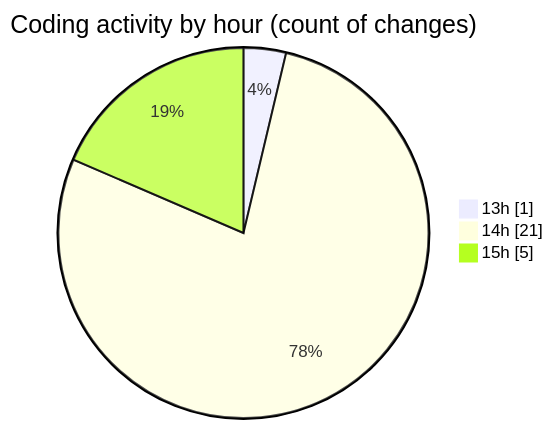
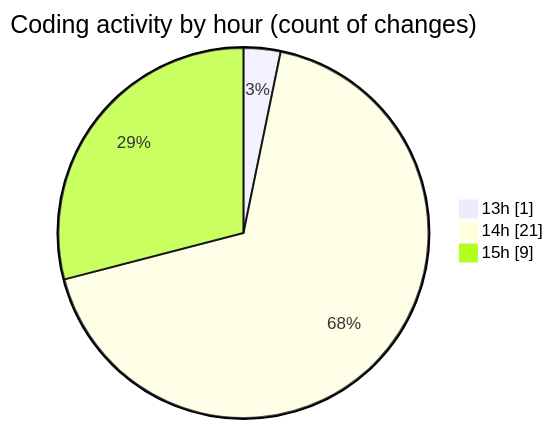
Before and after one commit to idhammustaqopulfikri/code-tracking: the second of 2 diagrams in 2025-11-01/futsal_rekomendasi/README.md, drawn with Mermaid. The commit also changed other lines of this file and 1 other file, not shown here.

````diff
--- a/2025-11-01/futsal_rekomendasi/README.md
+++ b/2025-11-01/futsal_rekomendasi/README.md
@@ -39,7 +40,7 @@
 ```mermaid
 pie showData
 title Coding activity by hour (count of changes)
 "13h" : 1
 "14h" : 21
-"15h" : 5
+"15h" : 9
 ```
````
